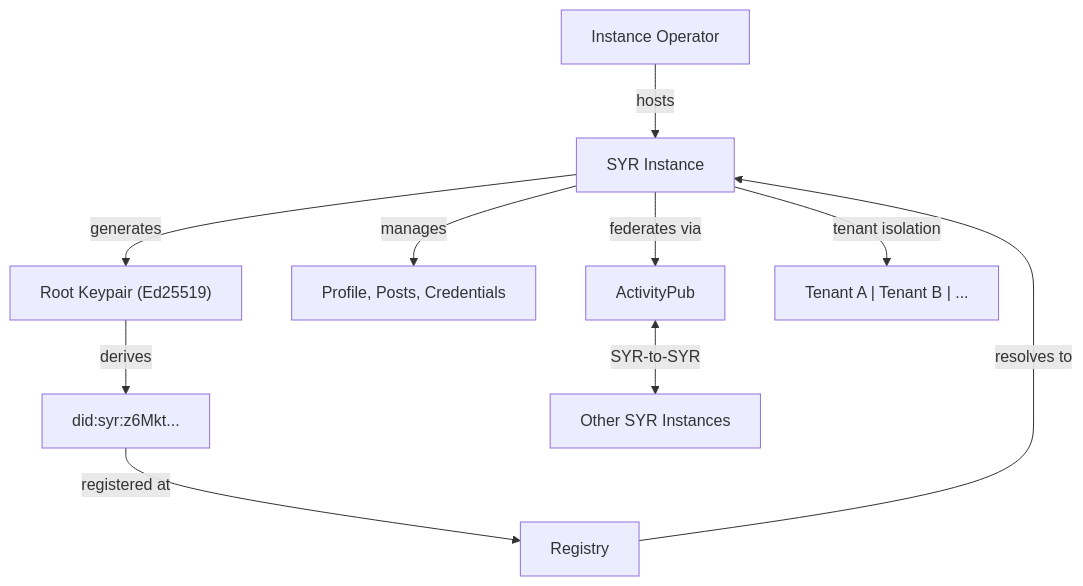
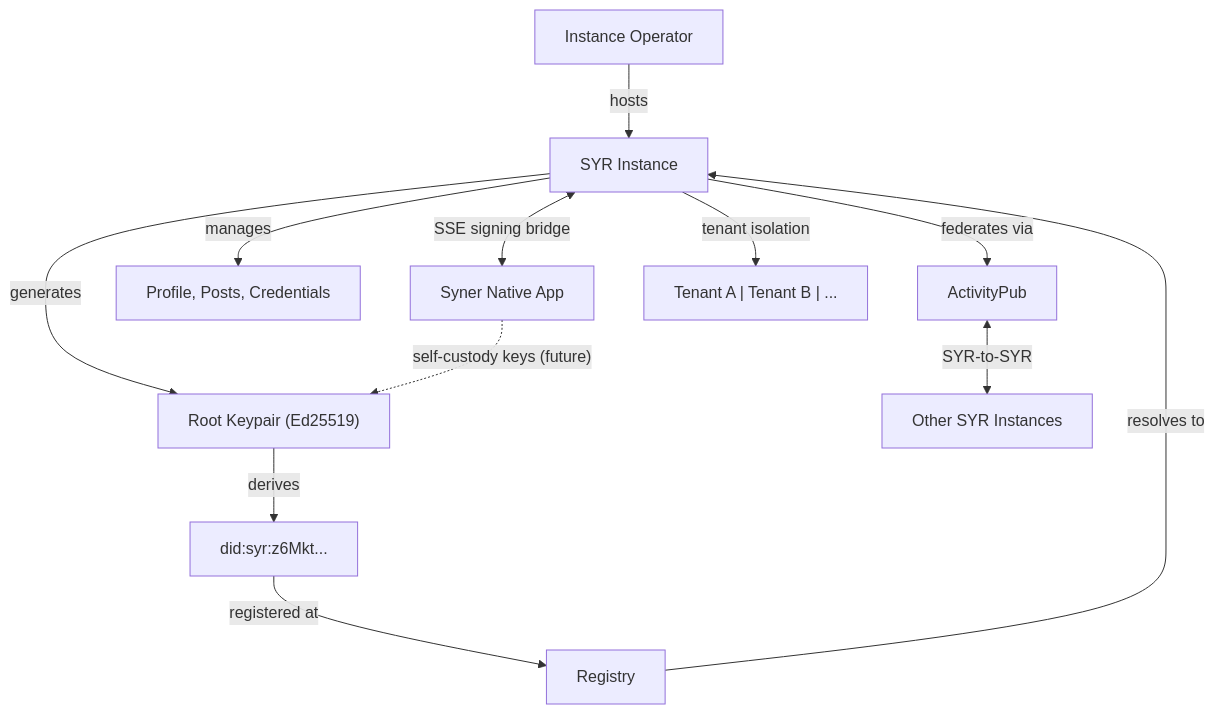
The diagram in apps/docs/app/src/routes/introduction/+page.md (syr-is/syr), drawn with Mermaid before and after one commit. The commit also changed other lines of this file and 149 other files, not shown here.

````diff
--- a/apps/docs/app/src/routes/introduction/+page.md
+++ b/apps/docs/app/src/routes/introduction/+page.md
@@ -44,12 +44,14 @@
 ```mermaid
 flowchart TD
     Operator["Instance Operator"] -->|hosts| SYR["SYR Instance"]
     SYR -->|generates| RootKey["Root Keypair (Ed25519)"]
+    SynerApp["Syner Native App"] -.->|"self-custody keys (future)"| RootKey
     RootKey -->|derives| DID["did:syr:z6Mkt..."]
     DID -->|registered at| Registry["Registry"]
     Registry -->|resolves to| SYR
     SYR -->|manages| ProfileData["Profile, Posts, Credentials"]
     SYR -->|federates via| AP["ActivityPub"]
     AP <-->|SYR-to-SYR| OtherSYR["Other SYR Instances"]
     SYR -->|tenant isolation| Tenants["Tenant A | Tenant B | ..."]
+    SYR <-->|"SSE signing bridge"| SynerApp
 ```
````
